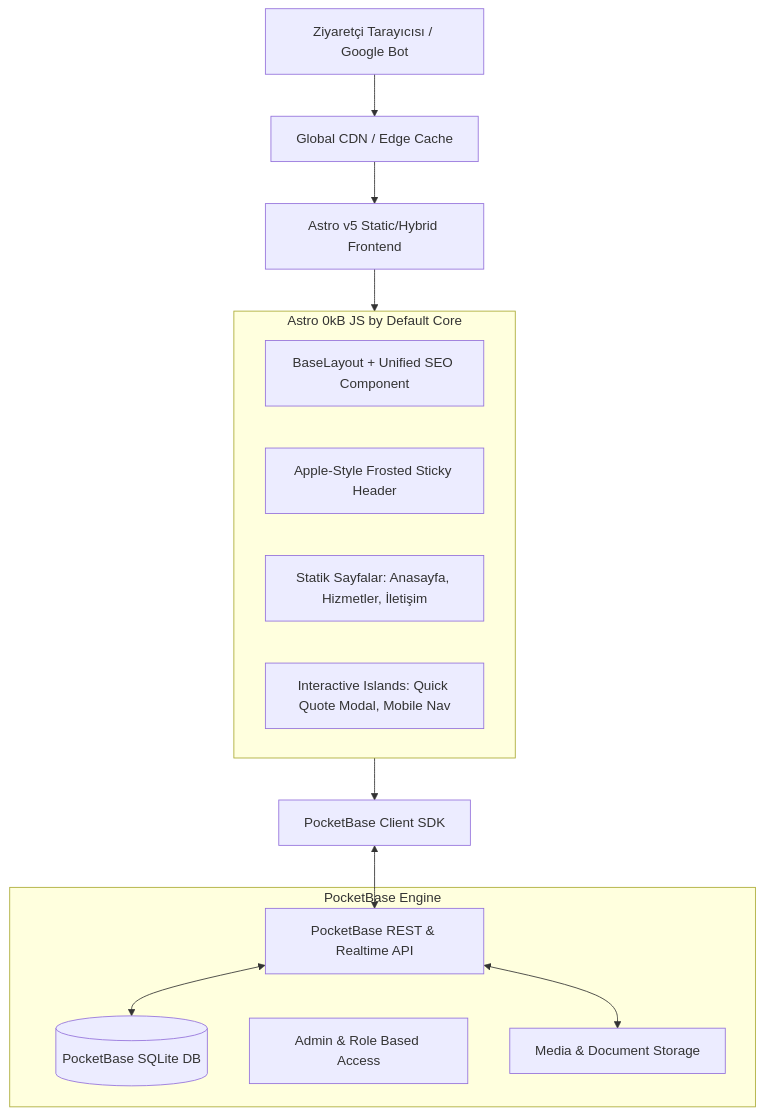
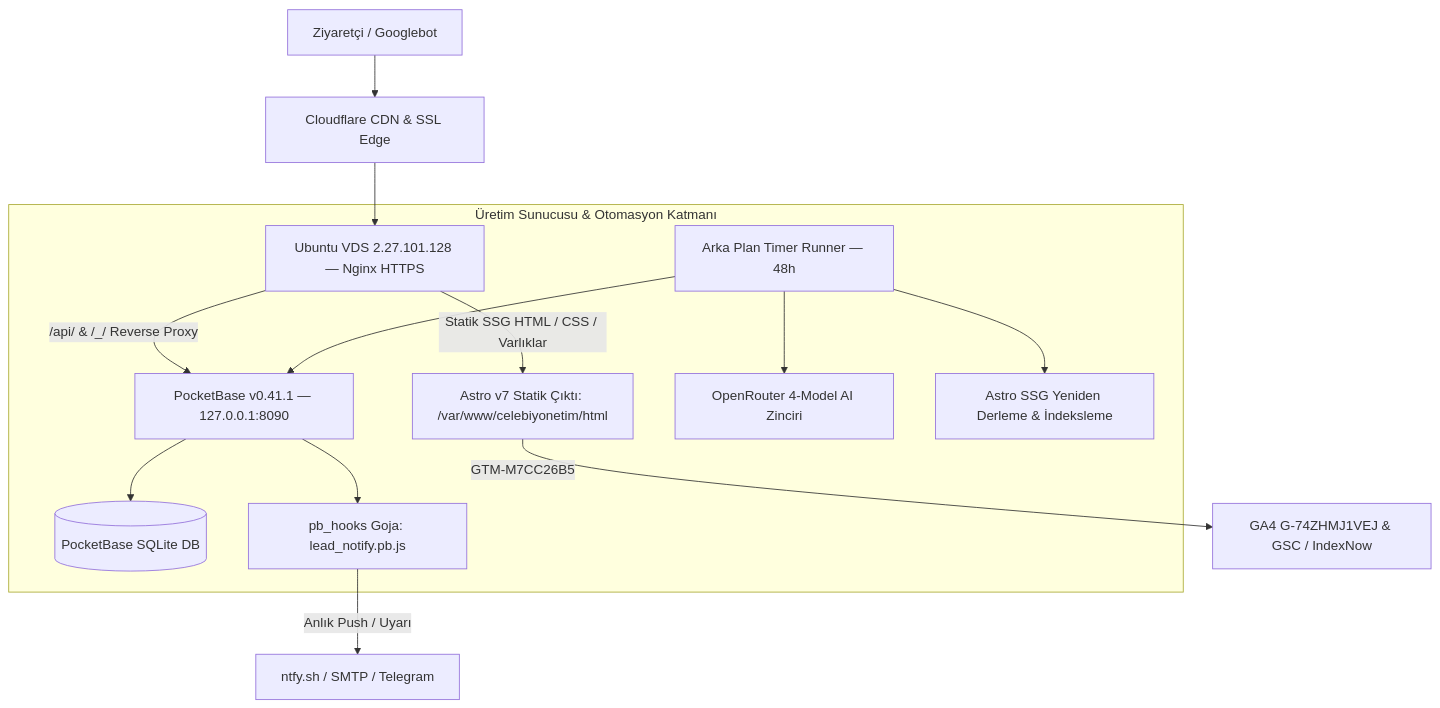
Before and after one commit to emirgocuk/celebi-yonetim-temizlik: the diagram in vault/memory-bank/systemPatterns.md, drawn with Mermaid. The commit also changed other lines of this file and 5 other files, not shown here.

Commit message:
docs(memory-bank): sync full production state, analytics/notification setup, Google Ads plan, and activation roadmap

````diff
--- a/vault/memory-bank/systemPatterns.md
+++ b/vault/memory-bank/systemPatterns.md
@@ -7,26 +9,18 @@
 ```mermaid
 flowchart TD
-    Client[Ziyaretçi Tarayıcısı / Google Bot] --> CDN[Global CDN / Edge Cache]
-    CDN --> AstroFrontend[Astro v5 Static/Hybrid Frontend]
-    
-    subgraph Frontend [Astro 0kB JS by Default Core]
-        Layout[BaseLayout + Unified SEO Component]
-        Header[Apple-Style Frosted Sticky Header]
-        Pages[Statik Sayfalar: Anasayfa, Hizmetler, İletişim]
-        Island[Interactive Islands: Quick Quote Modal, Mobile Nav]
+    Client[Ziyaretçi / Googlebot] --> CF[Cloudflare CDN & SSL Edge]
+    CF --> Nginx[Ubuntu VDS 2.27.101.128 — Nginx HTTPS]
+
+    subgraph VDS [Üretim Sunucusu & Otomasyon Katmanı]
+        Nginx -->|Statik SSG HTML / CSS / Varlıklar| AstroDist[Astro v7 Statik Çıktı: /var/www/celebiyonetim/html]
+        Nginx -->|/api/ & /_/ Reverse Proxy| PBServer[PocketBase v0.41.1 — 127.0.0.1:8090]
+        PBServer --> SQLite[(PocketBase SQLite DB)]
+        PBServer --> PBHooks[pb_hooks Goja: lead_notify.pb.js]
+        CronTimer[Arka Plan Timer Runner — 48h] --> OpenRouter[OpenRouter 4-Model AI Zinciri]
+        CronTimer --> PBServer
+        CronTimer --> BuildDeploy[Astro SSG Yeniden Derleme & İndeksleme]
     end
 
-    AstroFrontend --> Frontend
-    Frontend --> PBClient[PocketBase Client SDK]
-    
-    subgraph Backend [PocketBase Engine]
-        PBServer[PocketBase REST & Realtime API]
-        SQLite[(PocketBase SQLite DB)]
-        PBAuth[Admin & Role Based Access]
-        PBFiles[Media & Document Storage]
-    end
-
-    PBClient <--> PBServer
-    PBServer <--> SQLite
-    PBServer <--> PBFiles
+    PBHooks -->|Anlık Push / Uyarı| Notify[ntfy.sh / SMTP / Telegram]
+    AstroDist -->|GTM-M7CC26B5| Analytics[GA4 G-74ZHMJ1VEJ & GSC / IndexNow]
 ```
````
